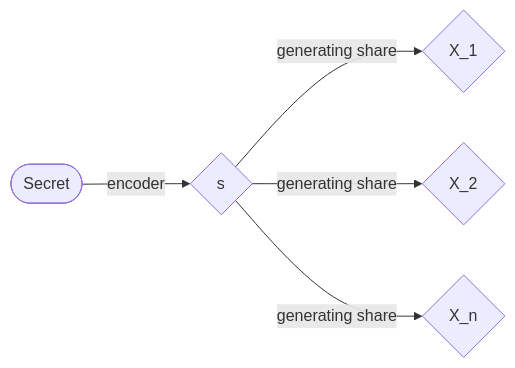
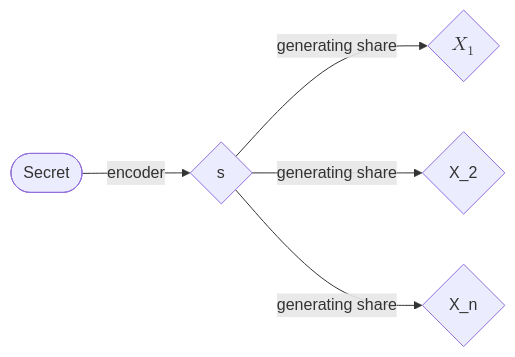
The diagram in README.md (h28a3/Secret-Sharing), drawn with Mermaid before and after one commit.

````diff
--- a/README.md
+++ b/README.md
@@ -13,7 +13,7 @@
 ```mermaid
 graph LR
   Start([Secret])-->|encoder|A{s}
-  A-->|generating share|B{X_1}
+  A-->|generating share|B{$$X_1$$}
   A-->|generating share|C{X_2}
   A-->|generating share|D{X_n}
 ```
````
